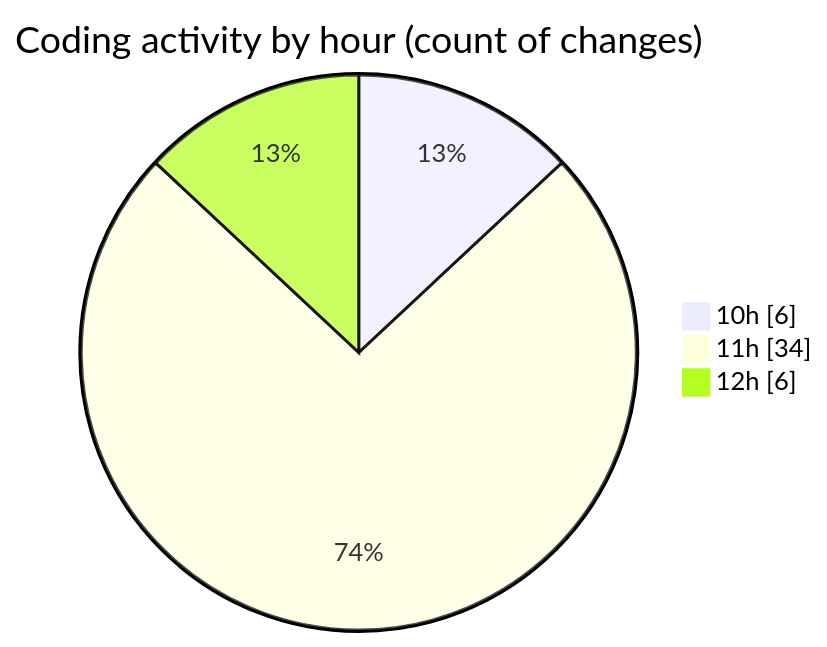
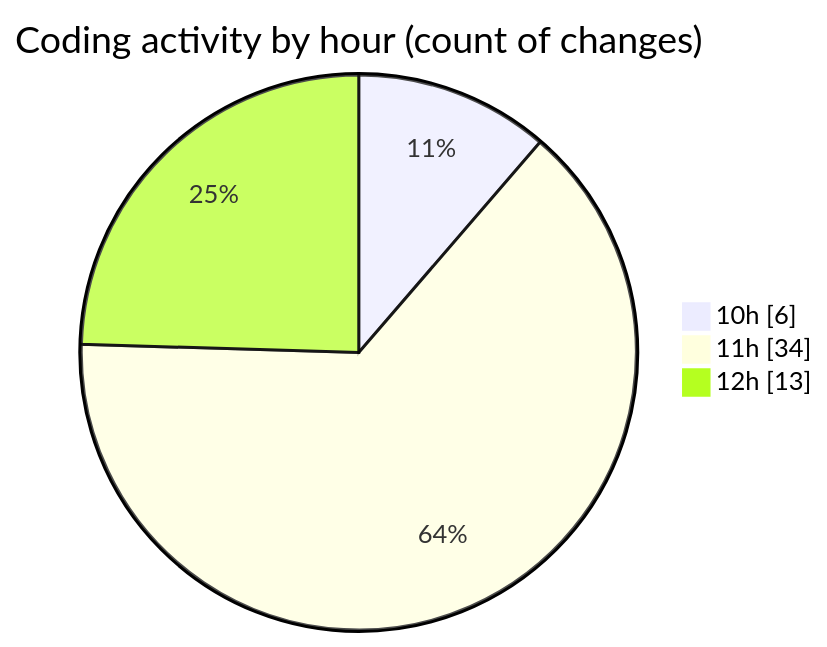
Before and after one commit to momahboobian/code-tracking: the second of 2 diagrams in 2025-08-13/cda/README.md, drawn with Mermaid. The commit also changed other lines of this file and 1 other file, not shown here.

````diff
--- a/2025-08-13/cda/README.md
+++ b/2025-08-13/cda/README.md
@@ -33,7 +33,7 @@
 ```mermaid
 pie showData
 title Coding activity by hour (count of changes)
 "10h" : 6
 "11h" : 34
-"12h" : 6
+"12h" : 13
 ```
````
